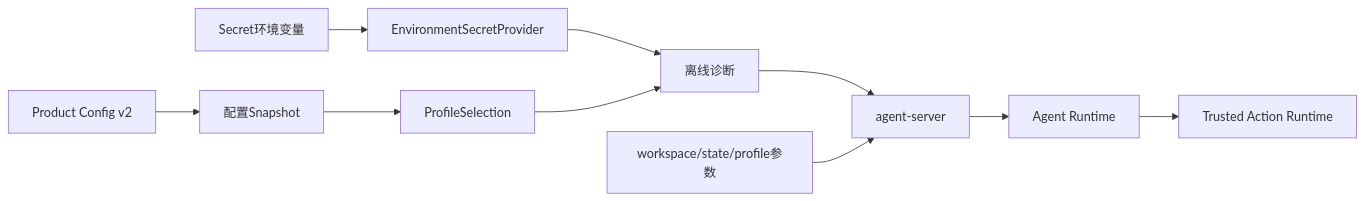
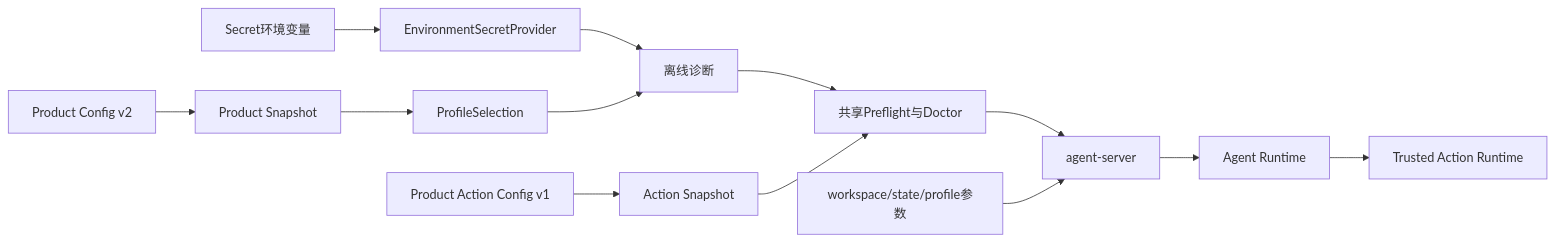
The first of 2 diagrams in docs/operations/configuration.md (carrie1988/Harnessix), drawn with Mermaid before and after one commit. The commit also changed other lines of this file and 47 other files, not shown here.

````diff
--- a/docs/operations/configuration.md
+++ b/docs/operations/configuration.md
@@ -39,12 +43,15 @@
 ```mermaid
 flowchart LR
-    File[Product Config v2] --> Snapshot[配置Snapshot]
+    File[Product Config v2] --> Snapshot[Product Snapshot]
+    ActionFile[Product Action Config v1] --> ActionSnapshot[Action Snapshot]
     SecretEnv[Secret环境变量] --> SecretProvider[EnvironmentSecretProvider]
     Snapshot --> Selection[ProfileSelection]
     SecretProvider --> Diagnose[离线诊断]
     Selection --> Diagnose
-    Diagnose --> Server[agent-server]
+    Diagnose --> Preflight[共享Preflight与Doctor]
+    ActionSnapshot --> Preflight
+    Preflight --> Server[agent-server]
     CLI[workspace/state/profile参数] --> Server
     Server --> Runtime[Agent Runtime]
     Runtime --> Trusted[Trusted Action Runtime]
 ```
````
